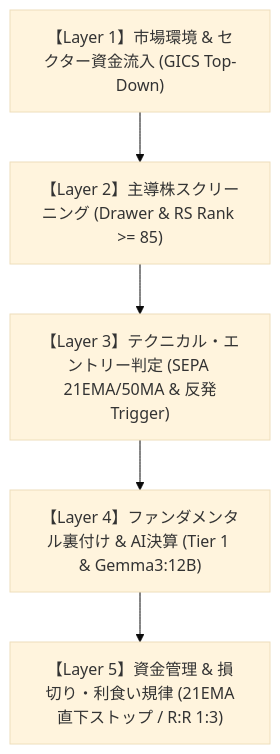
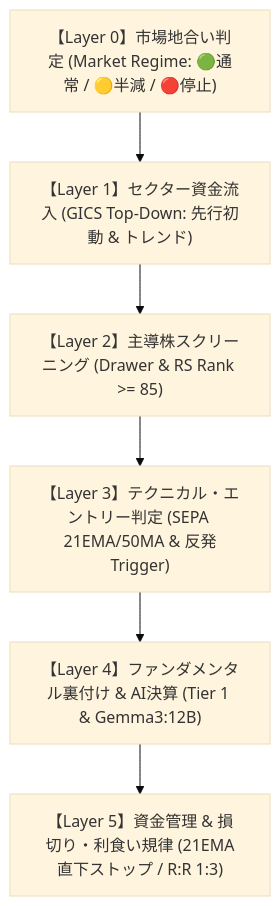
One commit to th05090/kabu3.0- changed the diagram in src/data/docs/master_trading_playbook.md. Above: the diagram before and after it, drawn with Mermaid (base theme). The commit also changed other lines of this file and 9 other files, not shown here.

First line of the commit message:
feat(regime): V0.9.13 市場地合い（Market Regime）判定エンジンおよびヘッダー常駐UI実装

````diff
--- a/src/data/docs/master_trading_playbook.md
+++ b/src/data/docs/master_trading_playbook.md
@@ -30,13 +30,15 @@
 ```mermaid
 graph TD
-    L1["【Layer 1】市場環境 & セクター資金流入 (GICS Top-Down)"]
+    L0["【Layer 0】市場地合い判定 (Market Regime: 🟢通常 / 🟡半減 / 🔴停止)"]
+    L1["【Layer 1】セクター資金流入 (GICS Top-Down: 先行初動 & トレンド)"]
     L2["【Layer 2】主導株スクリーニング (Drawer & RS Rank >= 85)"]
     L3["【Layer 3】テクニカル・エントリー判定 (SEPA 21EMA/50MA & 反発Trigger)"]
     L4["【Layer 4】ファンダメンタル裏付け & AI決算 (Tier 1 & Gemma3:12B)"]
     L5["【Layer 5】資金管理 & 損切り・利食い規律 (21EMA直下ストップ / R:R 1:3)"]
 
+    L0 --> L1
     L1 --> L2
     L2 --> L3
     L3 --> L4
     L4 --> L5
 ```
````
